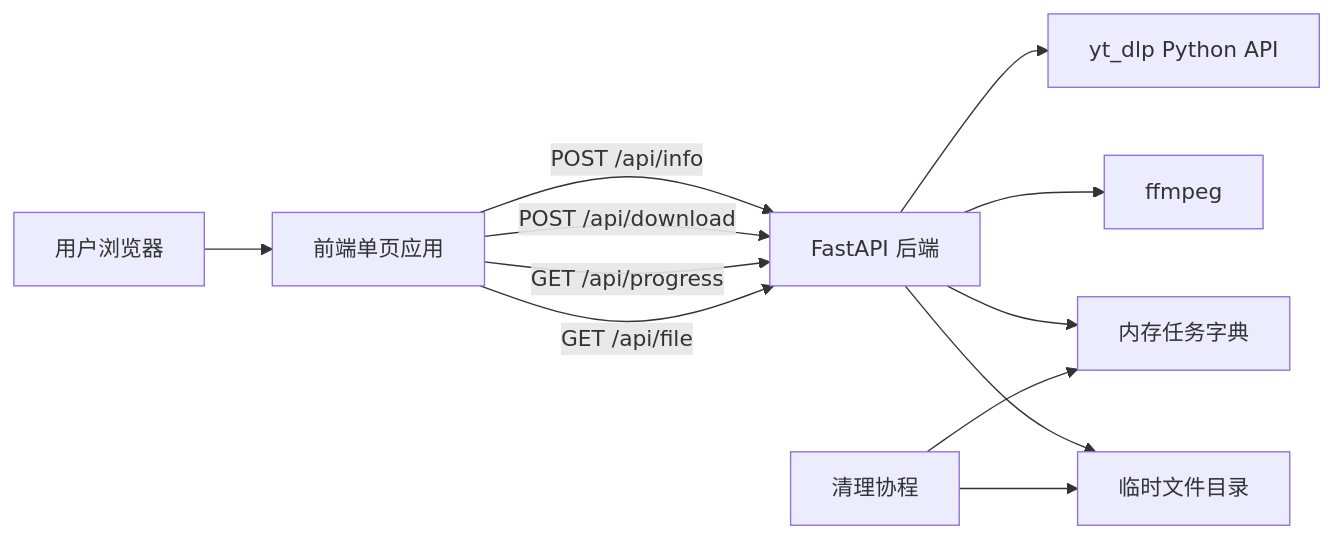
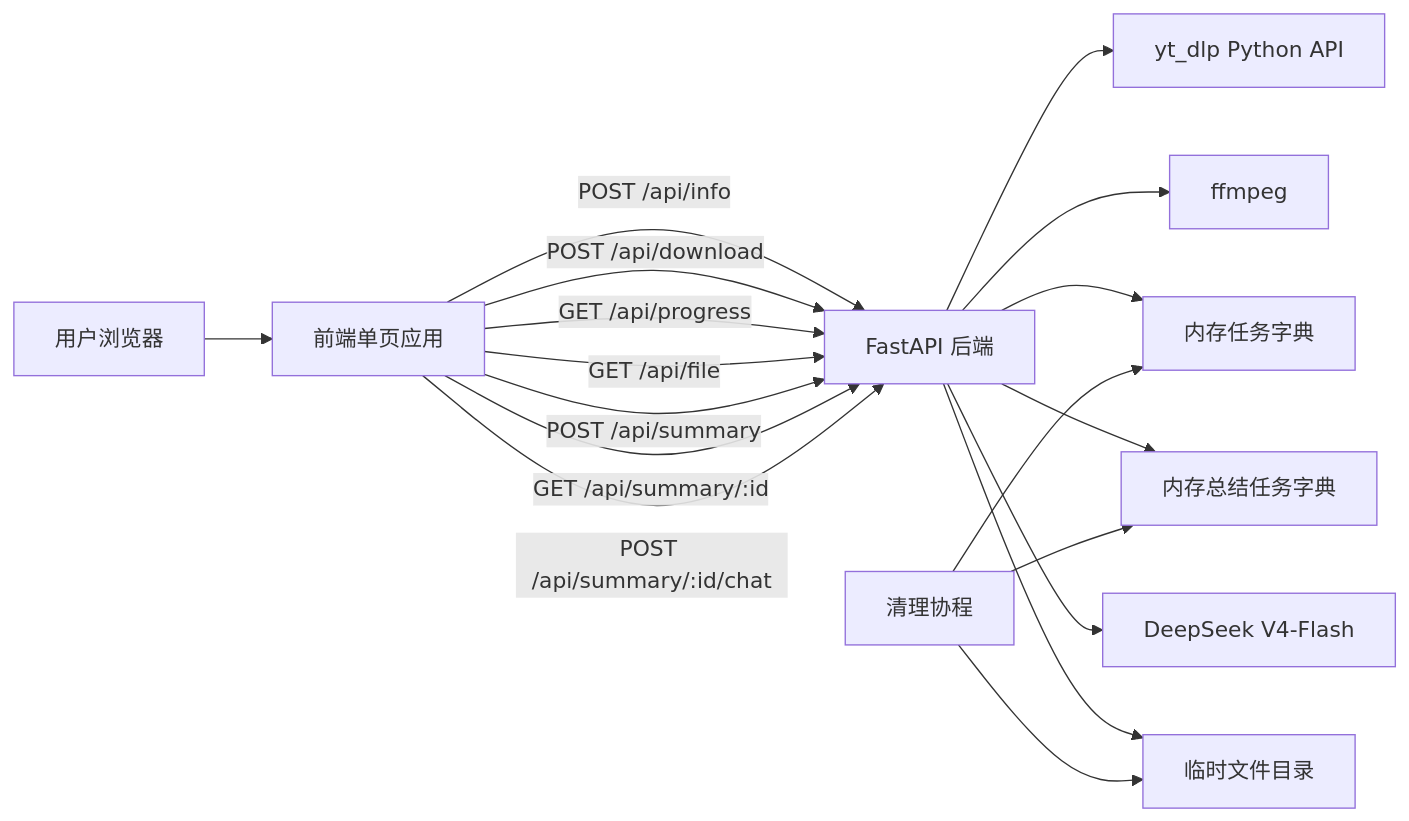
Before and after one commit to HLLLG/free-video-download: the first of 3 diagrams in docs/technical-design.md, drawn with Mermaid. The commit also changed other lines of this file and 20 other files, not shown here.

````diff
--- a/docs/technical-design.md
+++ b/docs/technical-design.md
@@ -5,14 +5,20 @@
 ```mermaid
 flowchart LR
     User[用户浏览器] --> Frontend[前端单页应用]
     Frontend -->|POST /api/info| Backend[FastAPI 后端]
     Frontend -->|POST /api/download| Backend
     Frontend -->|GET /api/progress| Backend
     Frontend -->|GET /api/file| Backend
+    Frontend -->|POST /api/summary| Backend
+    Frontend -->|GET /api/summary/:id| Backend
+    Frontend -->|POST /api/summary/:id/chat| Backend
     Backend --> YtDlp[yt_dlp Python API]
     Backend --> FFmpeg[ffmpeg]
     Backend --> TaskMap[内存任务字典]
+    Backend --> SummaryMap[内存总结任务字典]
+    Backend --> DeepSeek[DeepSeek V4-Flash]
     Backend --> TempFiles[临时文件目录]
     Cleaner[清理协程] --> TaskMap
+    Cleaner --> SummaryMap
     Cleaner --> TempFiles
 ```
````
